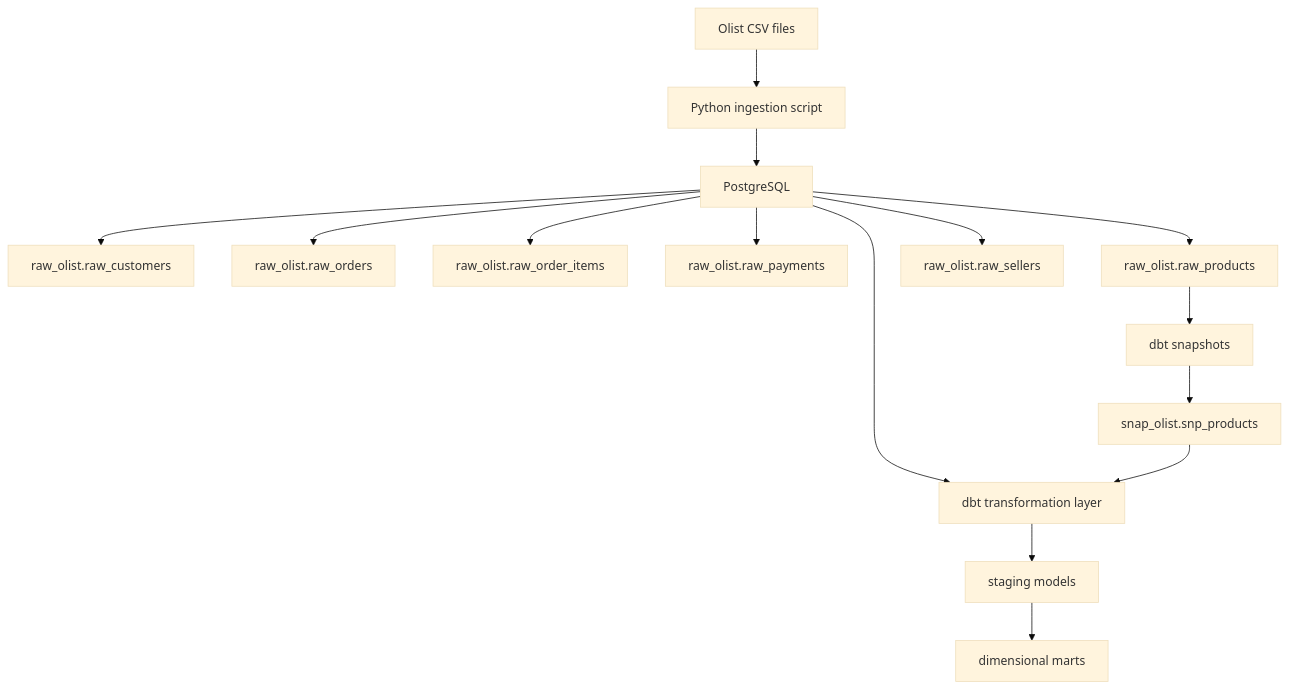
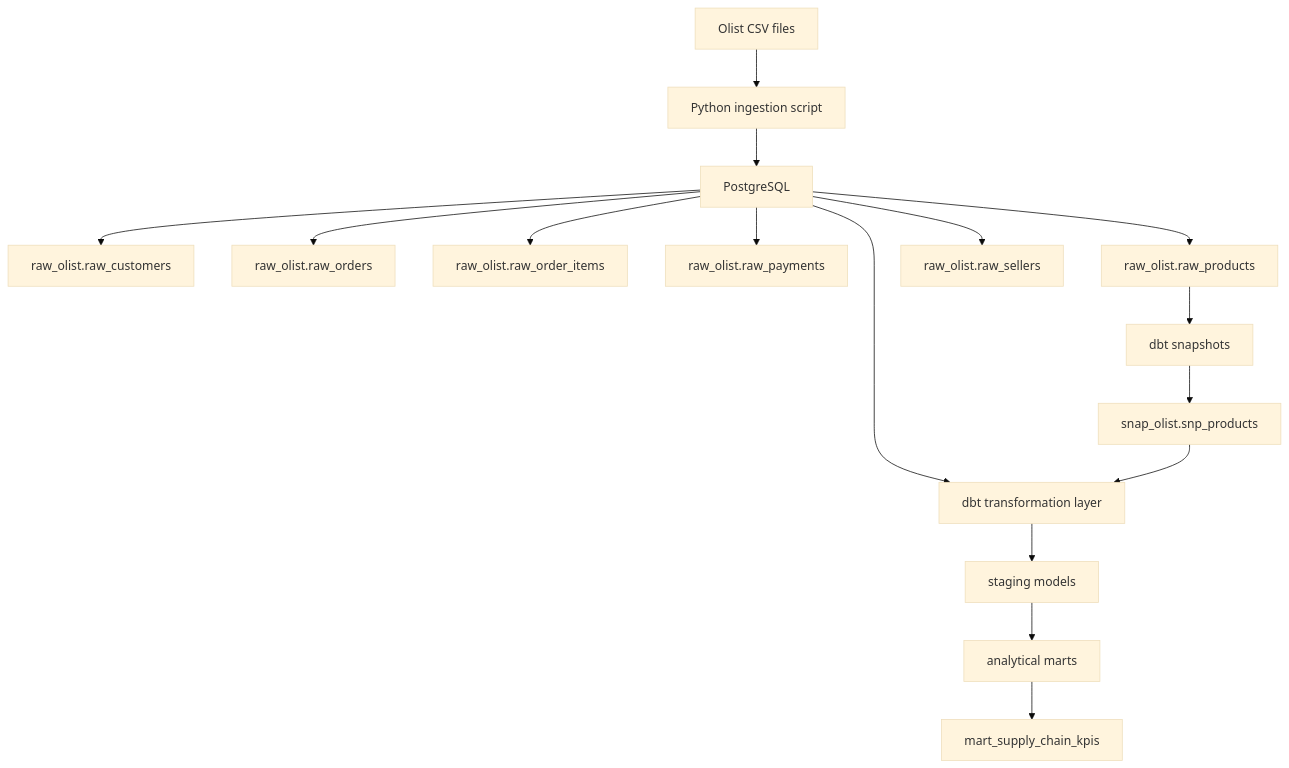
The diagram in README.md (Oumayma68/Olist-E-commerce-Supply-Chain-Intelligence), drawn with Mermaid (base theme) before and after one commit. The commit also changed other lines of this file, not shown here.

````diff
--- a/README.md
+++ b/README.md
@@ -15,17 +15,18 @@
 ```mermaid
 graph TD
     A["Olist CSV files"] --> B["Python ingestion script"]
     B --> C["PostgreSQL"]
     C --> D["raw_olist.raw_customers"]
     C --> E["raw_olist.raw_orders"]
     C --> F["raw_olist.raw_order_items"]
     C --> G["raw_olist.raw_payments"]
     C --> H["raw_olist.raw_products"]
     C --> I["raw_olist.raw_sellers"]
     H --> J["dbt snapshots"] 
     J --> K["snap_olist.snp_products"] 
     C --> L["dbt transformation layer"] 
     K --> L 
     L --> M["staging models"] 
-    M --> N["dimensional marts"]
+    M --> N["analytical marts"]
+    N --> O["mart_supply_chain_kpis"]
 ```
````
